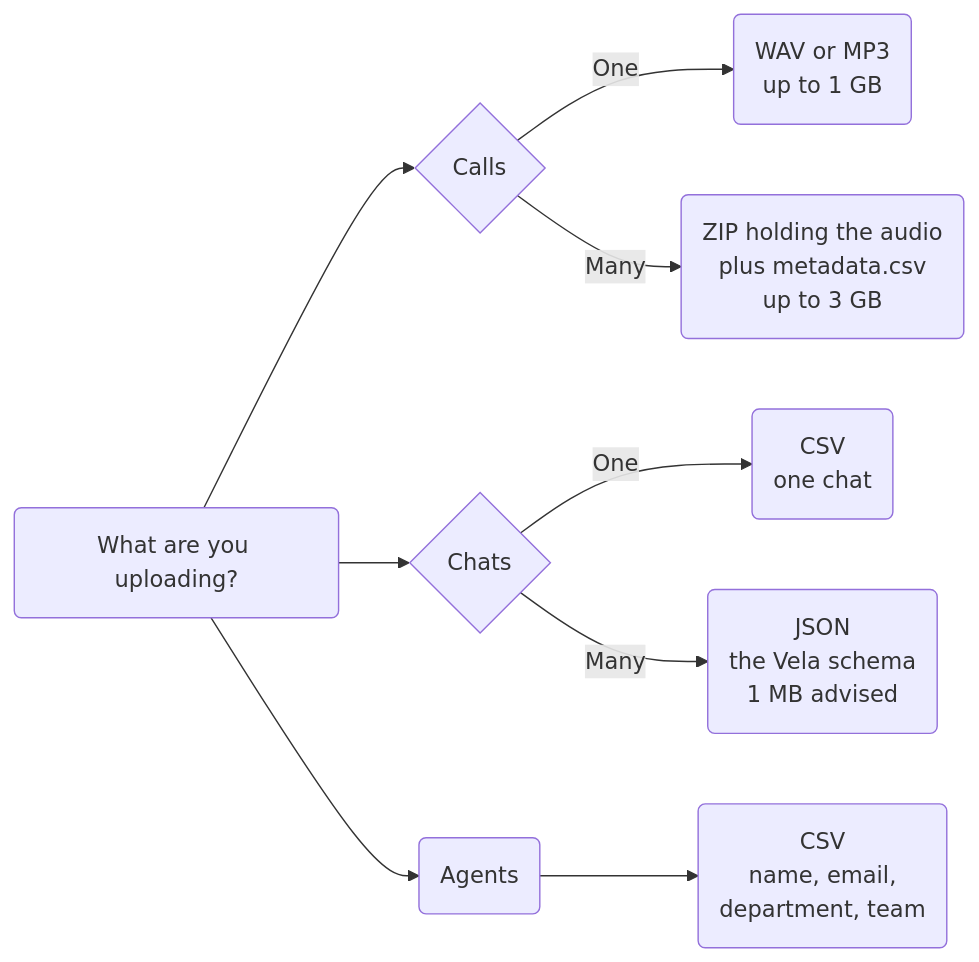
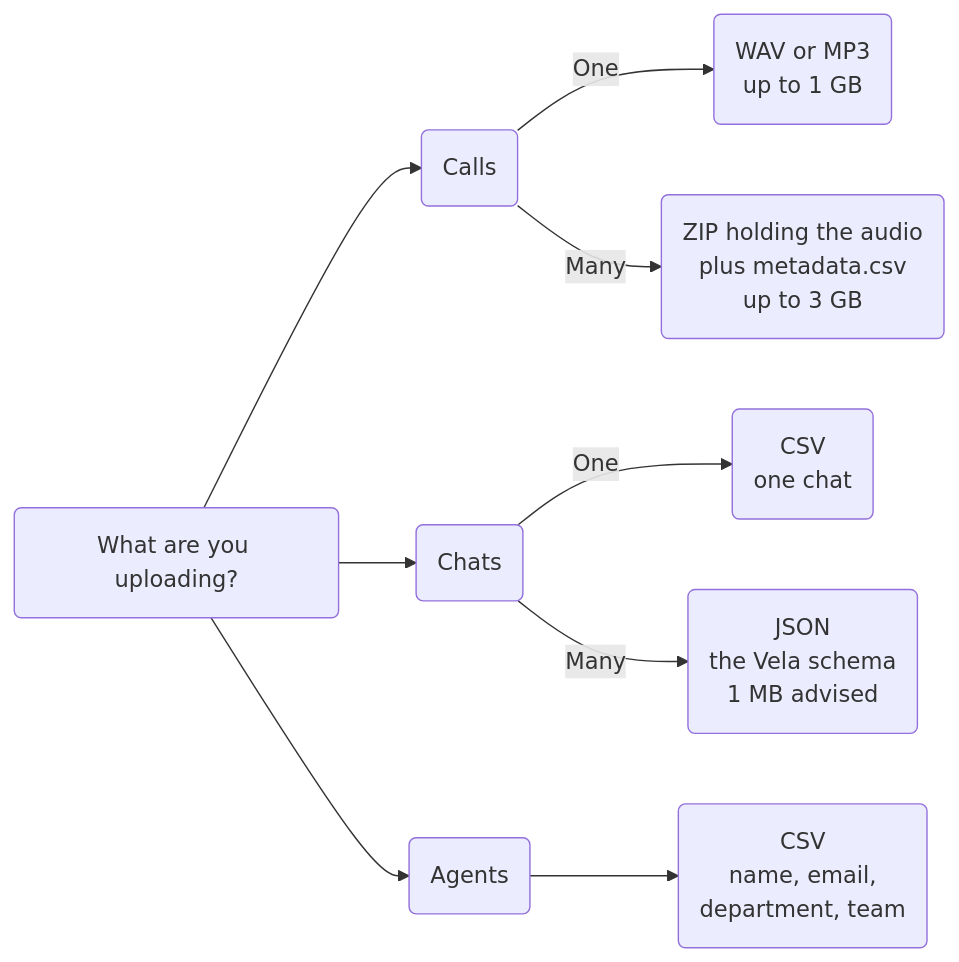
The diagram in docs/getting-started/system-requirements.md (Botlhale-AI/docs-vela), drawn with Mermaid before and after one commit. The commit also changed other lines of this file and 24 other files, not shown here.

````diff
--- a/docs/getting-started/system-requirements.md
+++ b/docs/getting-started/system-requirements.md
@@ -49,11 +49,11 @@
 ```mermaid
 flowchart LR
-    Q("What are you uploading?") --> C{"Calls"}
-    Q --> H{"Chats"}
+    Q("What are you uploading?") --> C("Calls")
+    Q --> H("Chats")
     Q --> A("Agents")
     C -- One --> C1("WAV or MP3<br/>up to 1 GB")
     C -- Many --> C2("ZIP holding the audio<br/>plus metadata.csv<br/>up to 3 GB")
     H -- One --> H1("CSV<br/>one chat")
     H -- Many --> H2("JSON<br/>the Vela schema<br/>1 MB advised")
     A --> A1("CSV<br/>name, email,<br/>department, team")
 ```
````
